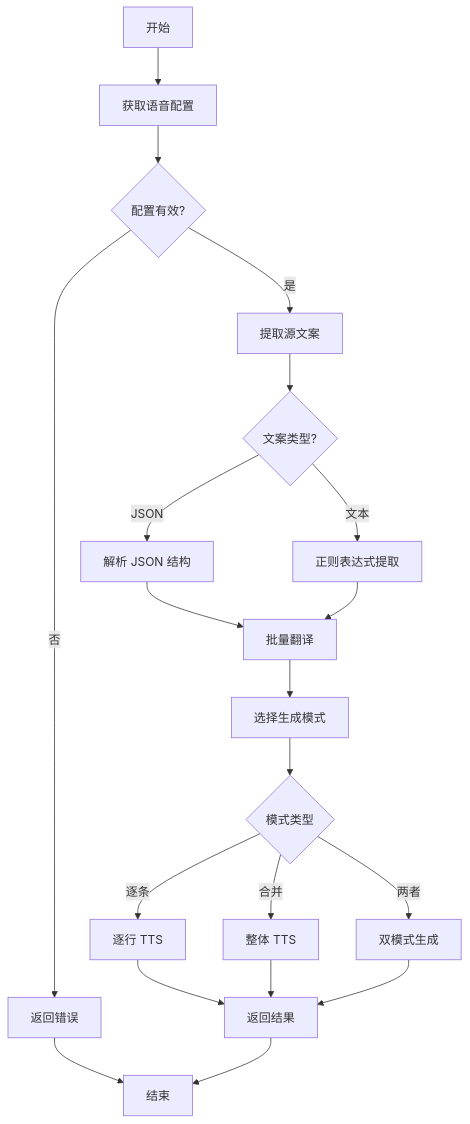
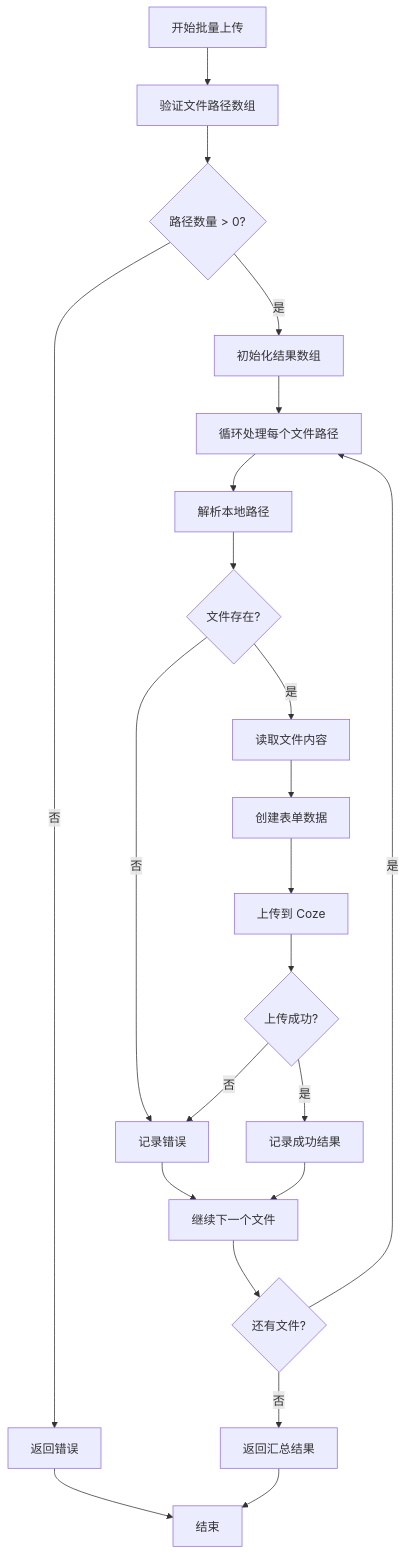
Before and after one commit to hanksd769-droid/sailshub: the fourth of 7 diagrams in .qoder/repowiki/zh/content/多模态工作流模块/音频处理模块.md, drawn with Mermaid. The commit also changed other lines of this file and 2 other files, not shown here.

````diff
--- a/.qoder/repowiki/zh/content/多模态工作流模块/音频处理模块.md
+++ b/.qoder/repowiki/zh/content/多模态工作流模块/音频处理模块.md
@@ -205,22 +211,24 @@
 ```mermaid
 flowchart TD
-A[开始] --> B[获取语音配置]
-B --> C{配置有效?}
+A[开始批量上传] --> B[验证文件路径数组]
+B --> C{路径数量 > 0?}
 C --> |否| D[返回错误]
-C --> |是| E[提取源文案]
-E --> F{文案类型?}
-F --> |JSON| G[解析 JSON 结构]
-F --> |文本| H[正则表达式提取]
-G --> I[批量翻译]
-H --> I
-I --> J[选择生成模式]
-J --> K{模式类型}
-K --> |逐条| L[逐行 TTS]
-K --> |合并| M[整体 TTS]
-K --> |两者| N[双模式生成]
-L --> O[返回结果]
-M --> O
-N --> O
-D --> P[结束]
-O --> P
+C --> |是| E[初始化结果数组]
+E --> F[循环处理每个文件路径]
+F --> G[解析本地路径]
+G --> H{文件存在?}
+H --> |否| I[记录错误]
+H --> |是| J[读取文件内容]
+J --> K[创建表单数据]
+K --> L[上传到 Coze]
+L --> M{上传成功?}
+M --> |否| I
+M --> |是| N[记录成功结果]
+N --> O[继续下一个文件]
+I --> O
+O --> P{还有文件?}
+P --> |是| F
+P --> |否| Q[返回汇总结果]
+D --> R[结束]
+Q --> R
 ```
````
